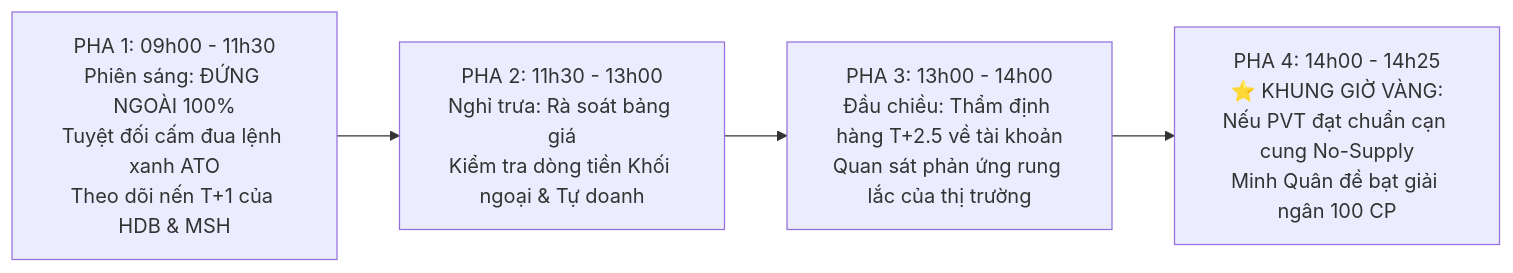
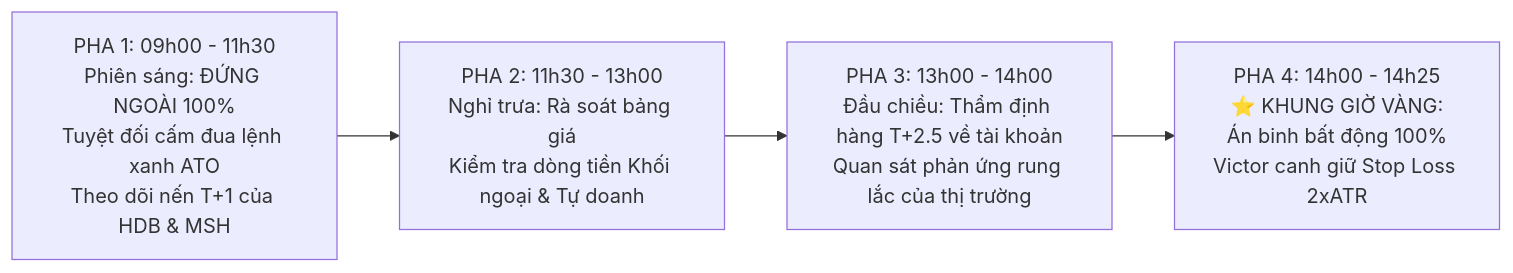
The second of 2 diagrams in 08_Master_Investment_CIO/2026-11-10_Master_CIO_Final_Decision.md (Thienphuoctran/apex-hedge-fund), drawn with Mermaid before and after one commit. The commit also changed other lines of this file and 17 other files, not shown here.

````diff
--- a/08_Master_Investment_CIO/2026-11-10_Master_CIO_Final_Decision.md
+++ b/08_Master_Investment_CIO/2026-11-10_Master_CIO_Final_Decision.md
@@ -86,6 +88,6 @@
 ```mermaid
 graph LR
     P1["PHA 1: 09h00 - 11h30<br/>Phiên sáng: ĐỨNG NGOÀI 100%<br/>Tuyệt đối cấm đua lệnh xanh ATO<br/>Theo dõi nến T+1 của HDB & MSH"] --> P2["PHA 2: 11h30 - 13h00<br/>Nghỉ trưa: Rà soát bảng giá<br/>Kiểm tra dòng tiền Khối ngoại & Tự doanh"]
     P2 --> P3["PHA 3: 13h00 - 14h00<br/>Đầu chiều: Thẩm định hàng T+2.5 về tài khoản<br/>Quan sát phản ứng rung lắc của thị trường"]
-    P3 --> P4["PHA 4: 14h00 - 14h25<br/>⭐ KHUNG GIỜ VÀNG:<br/>Nếu PVT đạt chuẩn cạn cung No-Supply<br/>Minh Quân đề bạt giải ngân 100 CP"]
+    P3 --> P4["PHA 4: 14h00 - 14h25<br/>⭐ KHUNG GIỜ VÀNG:<br/>Án binh bất động 100%<br/>Victor canh giữ Stop Loss 2xATR"]
 ```
````
